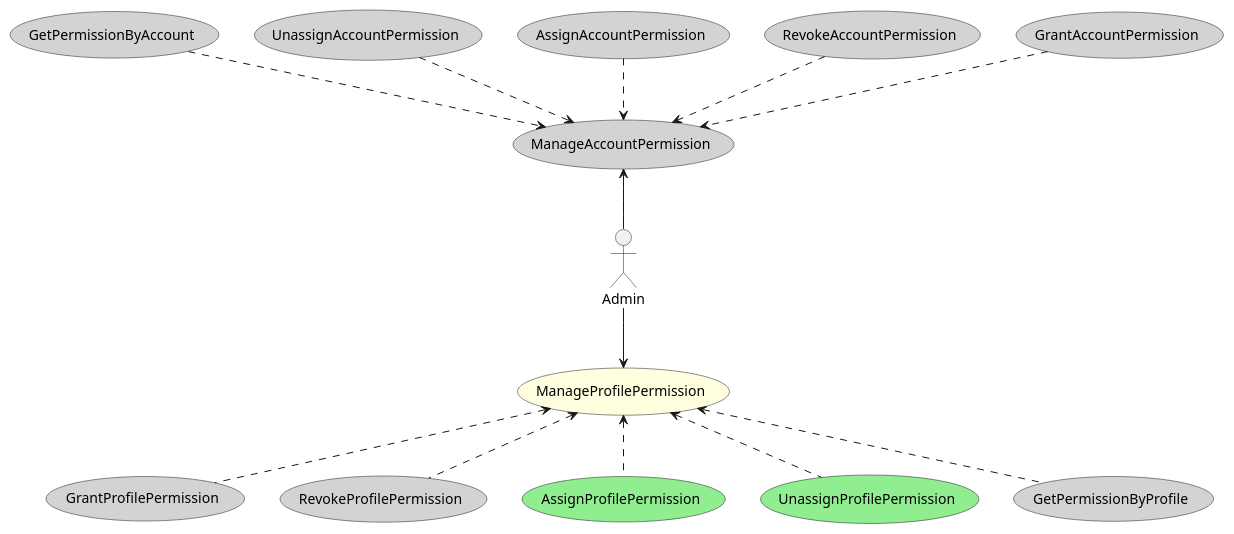
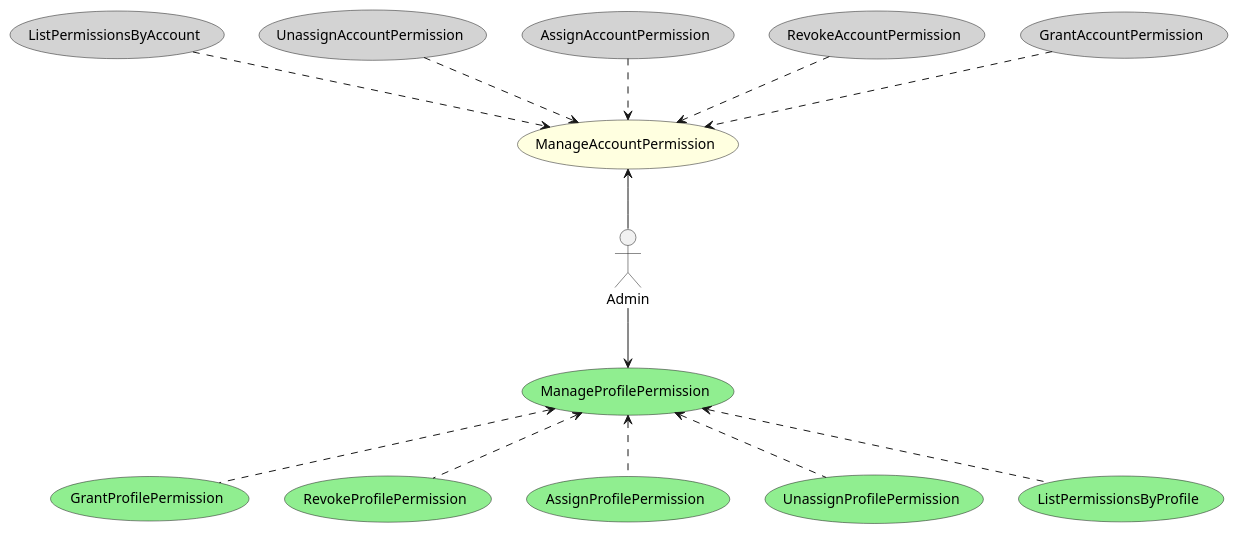
One commit to zehgreven/nutri-be-ddd-ca changed the diagram in documentation/usecase/UseCase.iam.ManagePermission.puml. Above: the diagram before and after it, drawn with PlantUML. The commit also changed 15 other files, not shown here.

Commit message:
Created GrantAndRevokeProfilePermission

```diff
--- a/documentation/usecase/UseCase.iam.ManagePermission.puml
+++ b/documentation/usecase/UseCase.iam.ManagePermission.puml
@@ -1,32 +1,32 @@
 @startuml Use Case
 
 actor Admin
 
-usecase ManageProfilePermission #LightYellow
-usecase GrantProfilePermission #LightGray
-usecase RevokeProfilePermission #LightGray
+usecase ManageProfilePermission #LightGreen
+usecase GrantProfilePermission #LightGreen
+usecase RevokeProfilePermission #LightGreen
 usecase AssignProfilePermission #LightGreen
 usecase UnassignProfilePermission #LightGreen
-usecase GetPermissionByProfile #LightGray
-usecase ManageAccountPermission #LightGray
+usecase ListPermissionsByProfile #LightGreen
+usecase ManageAccountPermission #LightYellow
 usecase GrantAccountPermission #LightGray
 usecase RevokeAccountPermission #LightGray
 usecase AssignAccountPermission #LightGray
 usecase UnassignAccountPermission #LightGray
-usecase GetPermissionByAccount #LightGray
+usecase ListPermissionsByAccount #LightGray
 
 Admin -d-> (ManageProfilePermission) 
 (ManageProfilePermission) <.d. (GrantProfilePermission) 
 (ManageProfilePermission) <.d. (RevokeProfilePermission) 
 (ManageProfilePermission) <.d. (AssignProfilePermission) 
 (ManageProfilePermission) <.d. (UnassignProfilePermission) 
-(ManageProfilePermission) <.d. (GetPermissionByProfile) 
+(ManageProfilePermission) <.d. (ListPermissionsByProfile) 
 
 Admin -u-> (ManageAccountPermission) 
 (ManageAccountPermission) <.u. (GrantAccountPermission) 
 (ManageAccountPermission) <.u. (RevokeAccountPermission) 
 (ManageAccountPermission) <.u. (AssignAccountPermission) 
 (ManageAccountPermission) <.u. (UnassignAccountPermission) 
-(ManageAccountPermission) <.u. (GetPermissionByAccount) 
+(ManageAccountPermission) <.u. (ListPermissionsByAccount) 
 
 @enduml
```
